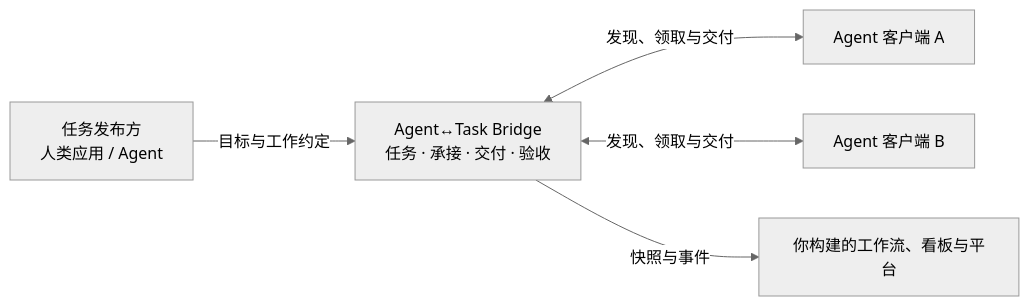
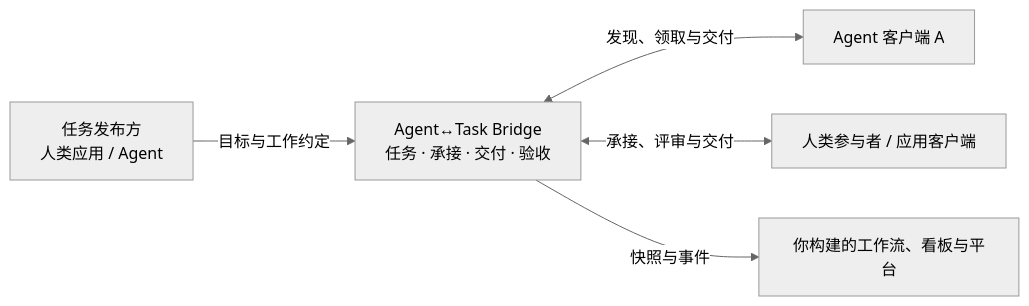
The diagram in README.md (Csneer/agent-task-bridge), drawn with Mermaid (neutral theme) before and after one commit. The commit also changed other lines of this file and 16 other files, not shown here.

````diff
--- a/README.md
+++ b/README.md
@@ -34,7 +34,7 @@
 ```mermaid
 flowchart LR
     P["任务发布方<br/>人类应用 / Agent"] -->|目标与工作约定| T["Agent↔Task Bridge<br/>任务 · 承接 · 交付 · 验收"]
     T <-->|发现、领取与交付| A["Agent 客户端 A"]
-    T <-->|发现、领取与交付| B["Agent 客户端 B"]
+    T <-->|承接、评审与交付| B["人类参与者 / 应用客户端"]
     T -->|快照与事件| U["你构建的工作流、看板与平台"]
 ```
````
